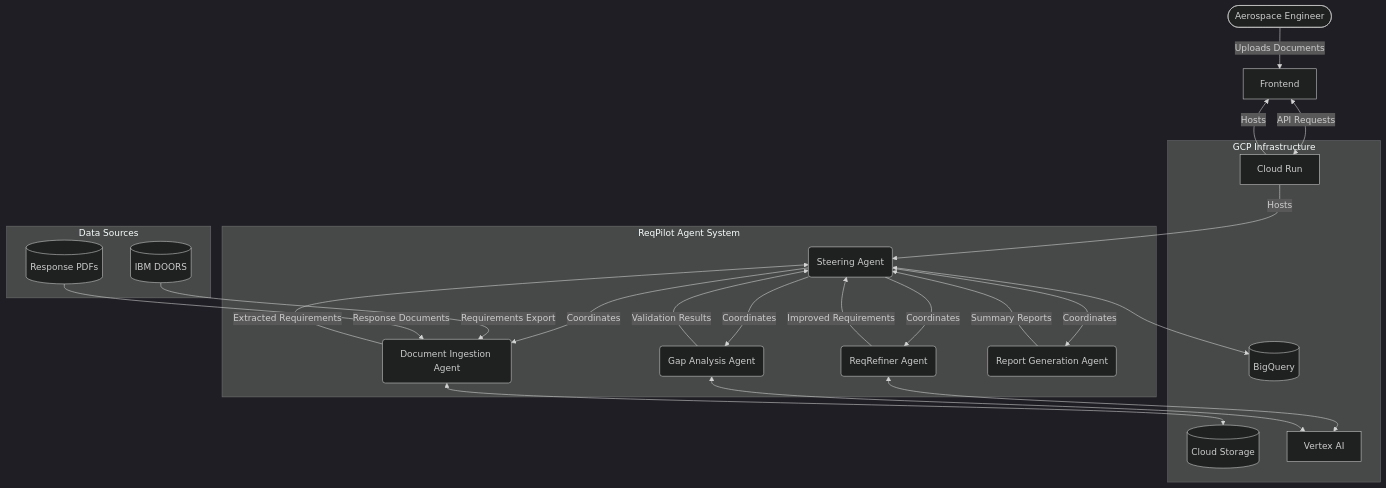
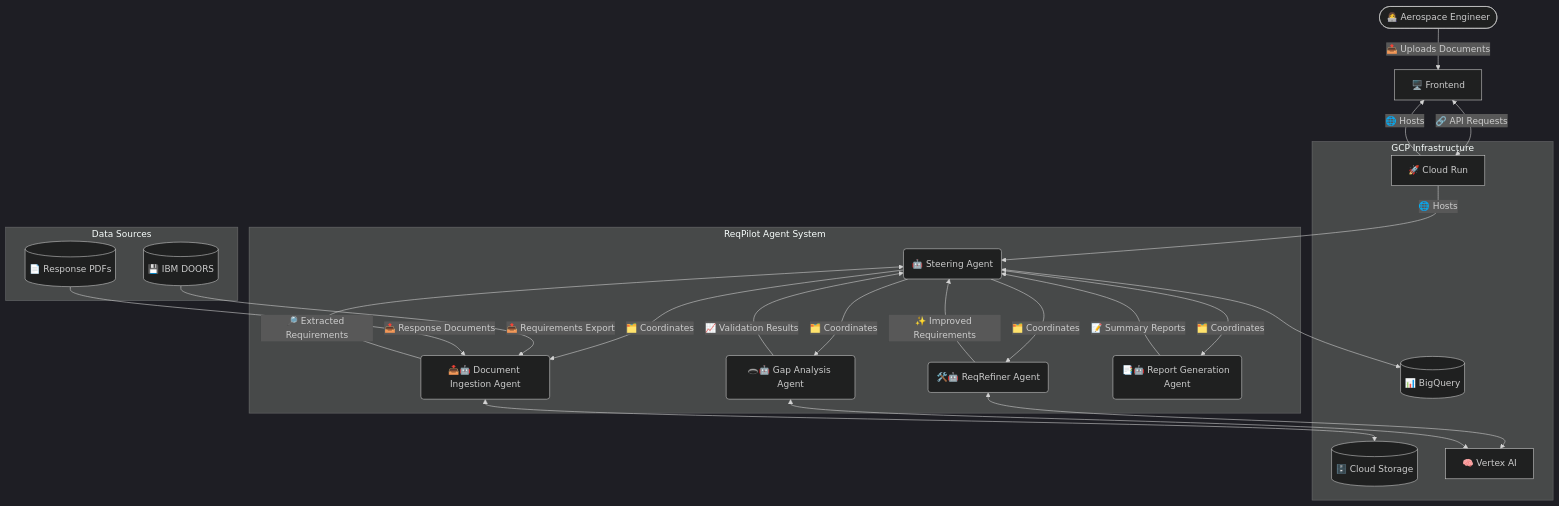
The diagram in README.md (onova-gcp-hackathon-2025/e2eplm), drawn with Mermaid (dark theme) before and after one commit. The commit also changed other lines of this file, not shown here.

Commit message:
feat: enhance README.md with emoji annotations and clarify requirement extraction details

````diff
--- a/README.md
+++ b/README.md
@@ -9,40 +9,40 @@
 ```mermaid
 graph TD
-    User([Aerospace Engineer]) -->|Uploads Documents| Frontend
+    User([👩‍💻 Aerospace Engineer]) -->|📤 Uploads Documents| Frontend[🖥️ Frontend]
     
     subgraph "ReqPilot Agent System"
-        Steering(Steering Agent) -->|Coordinates| ReqRefiner
-        Steering -->|Coordinates| DocIngester
-        Steering -->|Coordinates| GapAnalyzer
-        Steering -->|Coordinates| ReportGenerator
+        Steering(🤖 Steering Agent) -->|🗂️ Coordinates| ReqRefiner
+        Steering -->|🗂️ Coordinates| DocIngester
+        Steering -->|🗂️ Coordinates| GapAnalyzer
+        Steering -->|🗂️ Coordinates| ReportGenerator
         
-        ReqRefiner(ReqRefiner Agent) -->|Improved Requirements| Steering
-        DocIngester(Document Ingestion Agent) -->|Extracted Requirements| Steering
-        GapAnalyzer(Gap Analysis Agent) -->|Validation Results| Steering
-        ReportGenerator(Report Generation Agent) -->|Summary Reports| Steering
+        ReqRefiner(🛠️🤖 ReqRefiner Agent) -->|✨ Improved Requirements| Steering
+        DocIngester(📥🤖 Document Ingestion Agent) -->|🔎 Extracted Requirements| Steering
+        GapAnalyzer(🕳️🤖 Gap Analysis Agent) -->|📈 Validation Results| Steering
+        ReportGenerator(📑🤖 Report Generation Agent) -->|📝 Summary Reports| Steering
     end
     
     subgraph "Data Sources"
-        DOORS[(IBM DOORS)]
-        PDFs[(Response PDFs)]
+        DOORS[(💾 IBM DOORS)]
+        PDFs[(📄 Response PDFs)]
     end
     
     subgraph "GCP Infrastructure"
-        CloudStorage[(Cloud Storage)]
-        VertexAI[Vertex AI]
-        BigQuery[(BigQuery)]
-        CloudRun[Cloud Run]
+        CloudStorage[(🗄️ Cloud Storage)]
+        VertexAI[🧠 Vertex AI]
+        BigQuery[(📊 BigQuery)]
+        CloudRun[🚀 Cloud Run]
     end
     
-    Frontend <-->|API Requests| CloudRun
-    DOORS -->|Requirements Export| DocIngester
-    PDFs -->|Response Documents| DocIngester
+    Frontend <-->|🔗 API Requests| CloudRun
+    DOORS -->|📤 Requirements Export| DocIngester
+    PDFs -->|📤 Response Documents| DocIngester
     
     DocIngester <--> CloudStorage
     ReqRefiner <--> VertexAI
     GapAnalyzer <--> VertexAI
     Steering <--> BigQuery
     
-    CloudRun -->|Hosts| Frontend
-    CloudRun -->|Hosts| Steering
+    CloudRun -->|🌐 Hosts| Frontend
+    CloudRun -->|🌐 Hosts| Steering
 ```
````
